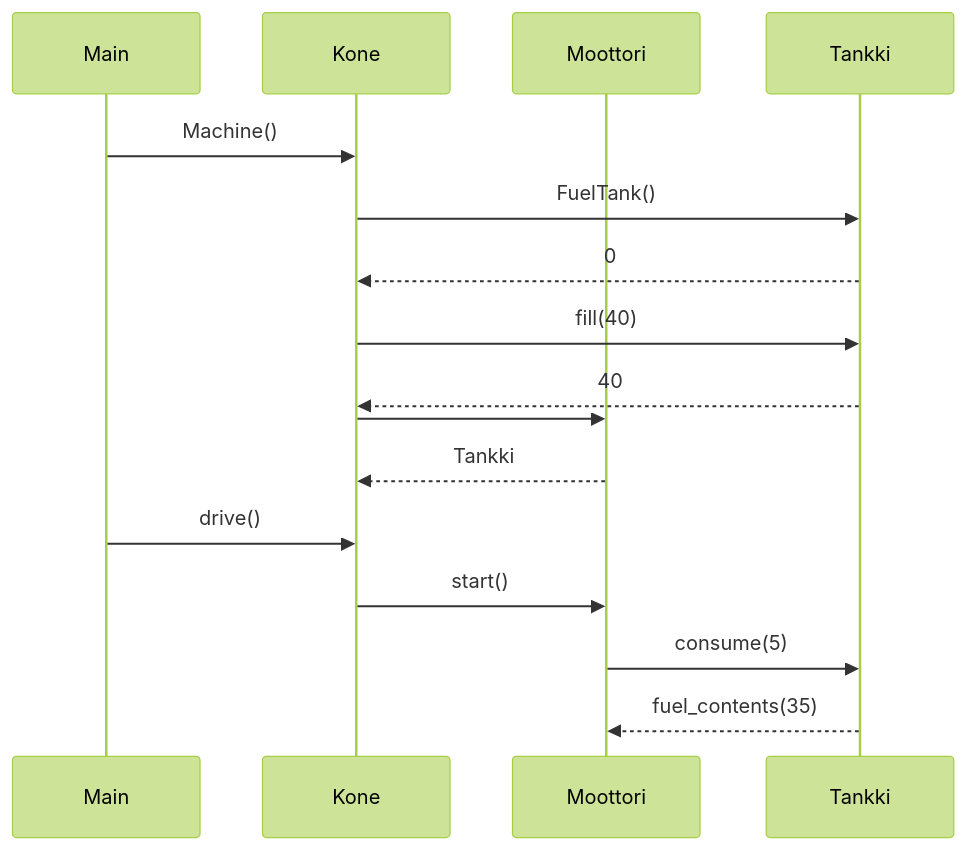
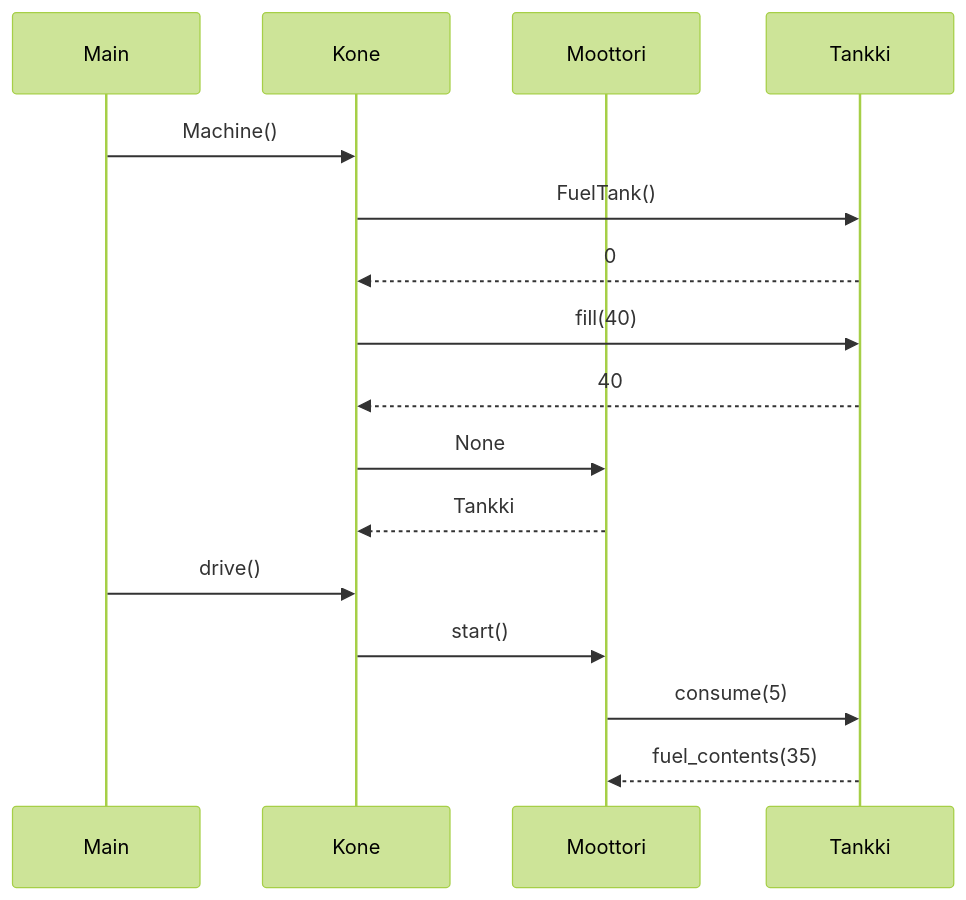
Before and after one commit to nie-ed/ot-harjoitustyo: the diagram in laskarit/viikko3/sekvenssikaavio.md, drawn with Mermaid (forest theme).

````diff
--- a/laskarit/viikko3/sekvenssikaavio.md
+++ b/laskarit/viikko3/sekvenssikaavio.md
@@ -1,18 +1,18 @@
 ```mermaid
 sequenceDiagram
   participant Main
   participant Kone
   participant Moottori
   participant Tankki
   Main->>Kone: Machine()
   Kone->>Tankki: FuelTank()
   Tankki-->>Kone: 0
   Kone->>Tankki: fill(40)
   Tankki-->>Kone: 40
-  Kone->>Moottori:
+  Kone->>Moottori: None
   Moottori-->>Kone: Tankki
   Main->>Kone: drive()
   Kone->>Moottori: start()
   Moottori->>Tankki: consume(5)
   Tankki-->>Moottori: fuel_contents(35)
 ```
````
